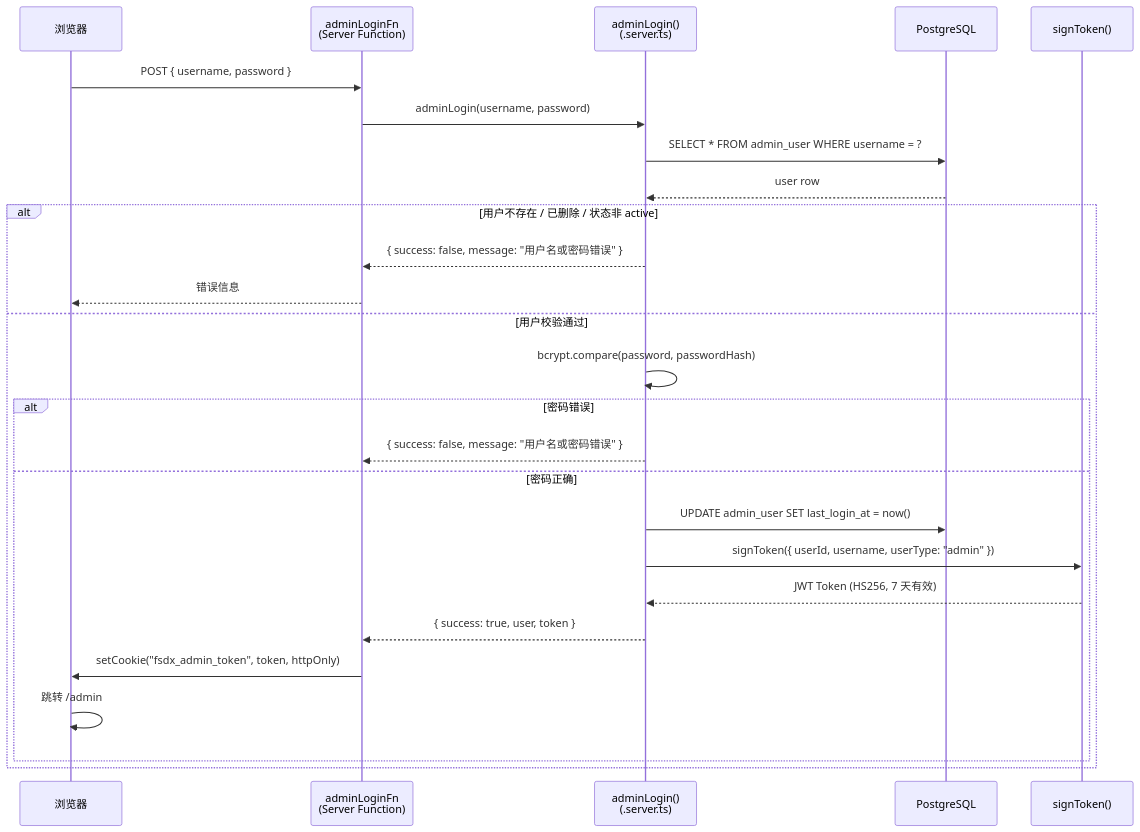
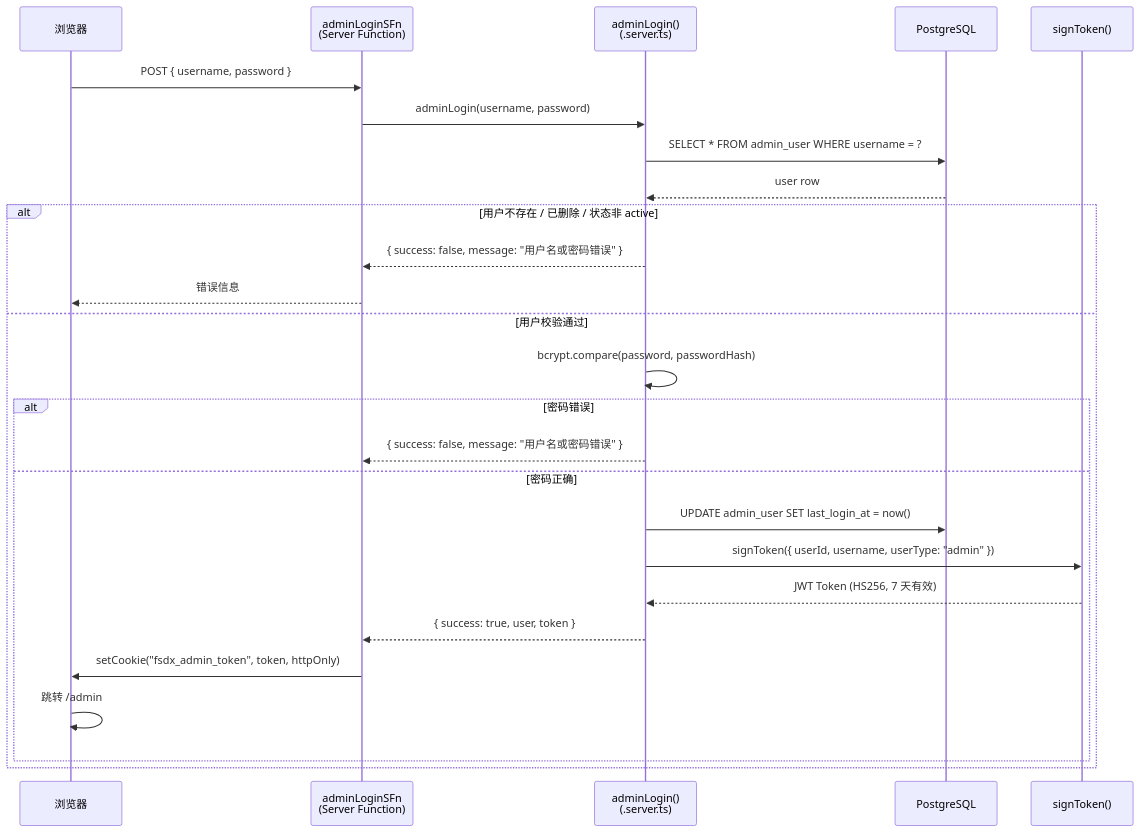
One commit to easyx-dev/fsdx changed the third of 6 diagrams in docs/auth-permission-model.md. Above: the diagram before and after it, drawn with Mermaid. The commit also changed other lines of this file and 13 other files, not shown here.

````diff
--- a/docs/auth-permission-model.md
+++ b/docs/auth-permission-model.md
@@ -181,31 +181,31 @@
 ```mermaid
 sequenceDiagram
     participant Browser as 浏览器
-    participant LoginSF as adminLoginFn<br/>(Server Function)
+    participant LoginSF as adminLoginSFn<br/>(Server Function)
     participant Server as adminLogin()<br/>(.server.ts)
     participant DB as PostgreSQL
     participant JWT as signToken()
 
     Browser->>LoginSF: POST { username, password }
     LoginSF->>Server: adminLogin(username, password)
 
     Server->>DB: SELECT * FROM admin_user WHERE username = ?
     DB-->>Server: user row
 
     alt 用户不存在 / 已删除 / 状态非 active
         Server-->>LoginSF: { success: false, message: "用户名或密码错误" }
         LoginSF-->>Browser: 错误信息
     else 用户校验通过
         Server->>Server: bcrypt.compare(password, passwordHash)
         alt 密码错误
             Server-->>LoginSF: { success: false, message: "用户名或密码错误" }
         else 密码正确
             Server->>DB: UPDATE admin_user SET last_login_at = now()
             Server->>JWT: signToken({ userId, username, userType: "admin" })
             JWT-->>Server: JWT Token (HS256, 7 天有效)
             Server-->>LoginSF: { success: true, user, token }
             LoginSF->>Browser: setCookie("fsdx_admin_token", token, httpOnly)
             Browser->>Browser: 跳转 /admin
         end
     end
 ```
````
